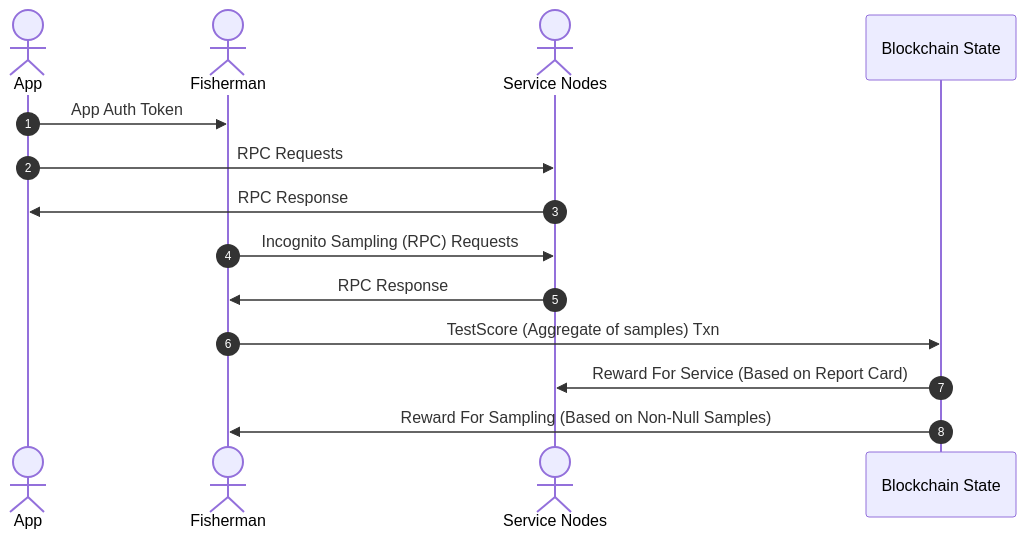
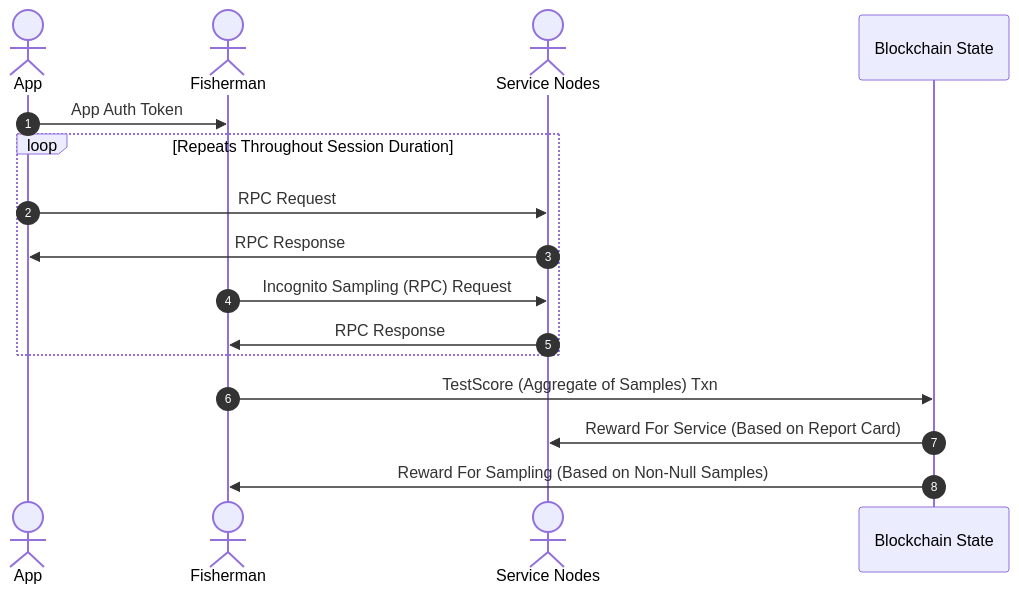
One commit to pokt-network/pocket-network-protocol changed the first of 5 diagrams in utility/README.md. Above: the diagram before and after it, drawn with Mermaid.

````diff
--- a/utility/README.md
+++ b/utility/README.md
@@ -146,15 +146,17 @@
 ```mermaid
 sequenceDiagram
     autonumber
     actor App
     actor Fisherman
     actor Service Nodes
     App->>Fisherman: App Auth Token
-    App->>Service Nodes: RPC Requests
-    Service Nodes->>App: RPC Response
-    Fisherman->>Service Nodes: Incognito Sampling (RPC) Requests
-    Service Nodes->>Fisherman: RPC Response
-    Fisherman->>Blockchain State: TestScore (Aggregate of samples) Txn
+    loop Repeats Throughout Session Duration 
+        App->>Service Nodes: RPC Request
+        Service Nodes->>App: RPC Response
+        Fisherman->>Service Nodes: Incognito Sampling (RPC) Request
+        Service Nodes->>Fisherman: RPC Response
+    end
+    Fisherman->>Blockchain State: TestScore (Aggregate of Samples) Txn
     Blockchain State ->>Service Nodes: Reward For Service (Based on Report Card)
     Blockchain State ->> Fisherman: Reward For Sampling  (Based on Non-Null Samples)
 ```
````
